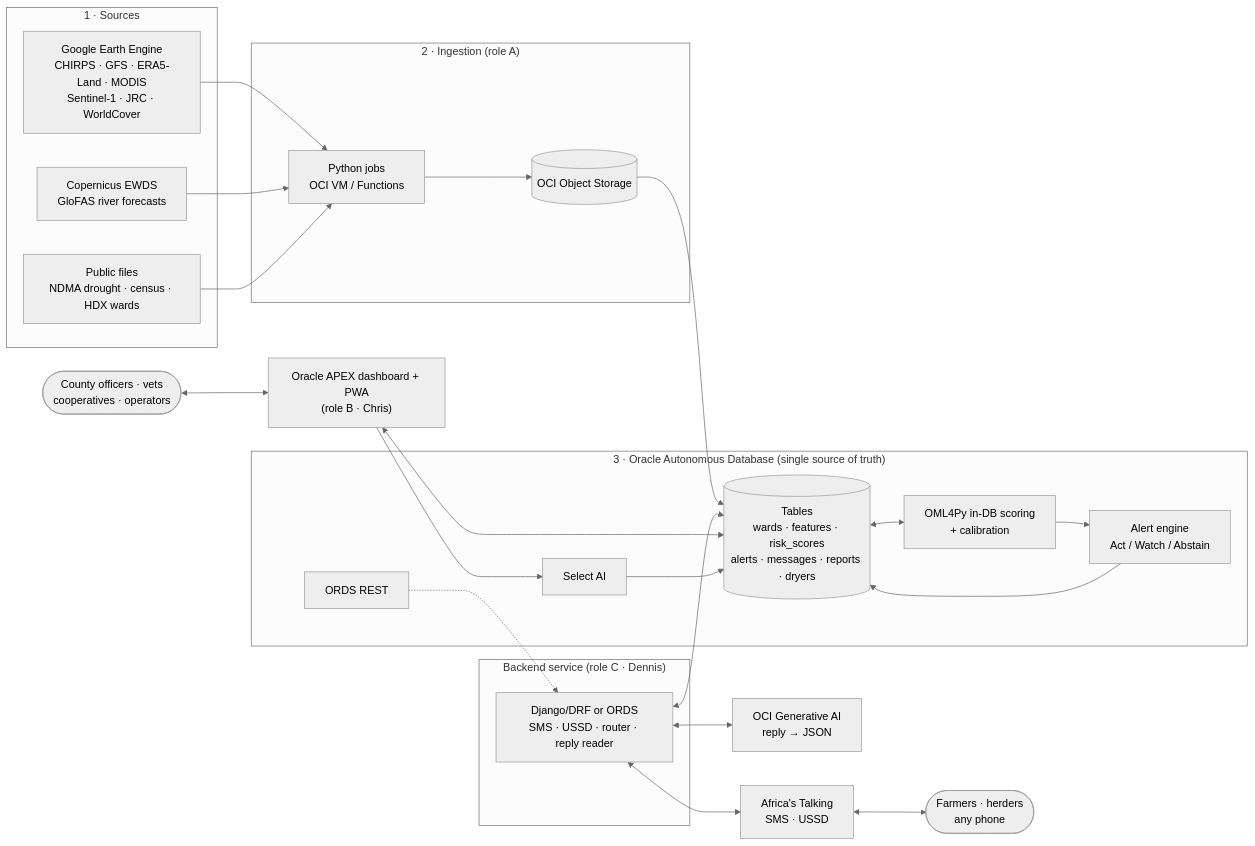
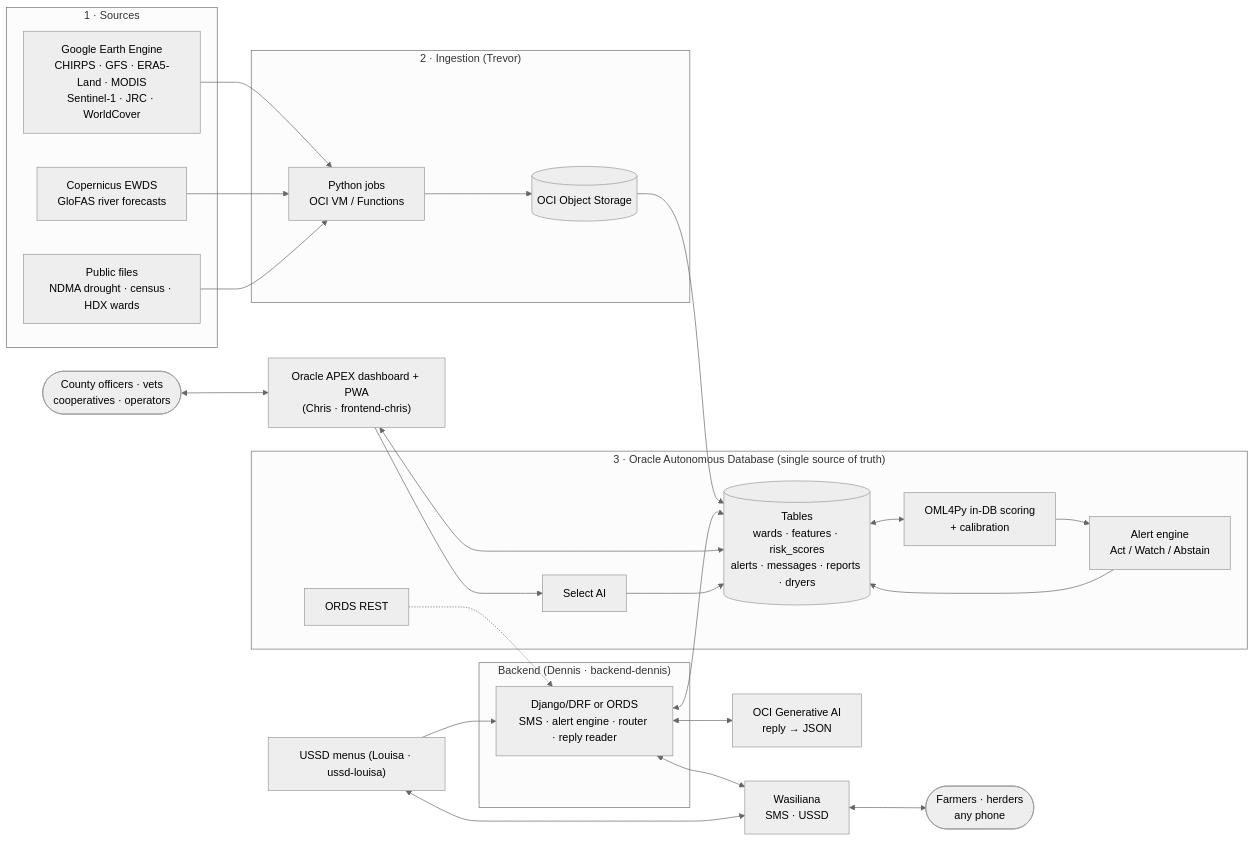
Before and after one commit to ChristopherKiokoStrathmore/DrainSense-Global: the first of 2 diagrams in README.md, drawn with Mermaid (neutral theme). The commit also changed other lines of this file and 14 other files, not shown here.

````diff
--- a/README.md
+++ b/README.md
@@ -39,41 +39,45 @@
 ```mermaid
 flowchart LR
   subgraph SRC["1 · Sources"]
     GEE["Google Earth Engine<br/>CHIRPS · GFS · ERA5-Land · MODIS<br/>Sentinel-1 · JRC · WorldCover"]
     EWDS["Copernicus EWDS<br/>GloFAS river forecasts"]
     FILES["Public files<br/>NDMA drought · census · HDX wards"]
   end
-  subgraph ING["2 · Ingestion (role A)"]
+  subgraph ING["2 · Ingestion (Trevor)"]
     PY["Python jobs<br/>OCI VM / Functions"]
     OS[("OCI Object Storage")]
   end
   subgraph ADB["3 · Oracle Autonomous Database (single source of truth)"]
     TBL[("Tables<br/>wards · features · risk_scores<br/>alerts · messages · reports · dryers")]
     OML["OML4Py in-DB scoring<br/>+ calibration"]
     ENG["Alert engine<br/>Act / Watch / Abstain"]
     SAI["Select AI"]
     ORDS["ORDS REST"]
   end
-  subgraph BE["Backend service (role C · Dennis)"]
-    API["Django/DRF or ORDS<br/>SMS · USSD · router · reply reader"]
+  subgraph BE["Backend (Dennis · backend-dennis)"]
+    API["Django/DRF or ORDS<br/>SMS · alert engine · router · reply reader"]
   end
+  USSD["USSD menus (Louisa · ussd-louisa)"]
   GENAI["OCI Generative AI<br/>reply → JSON"]
-  AT["Africa's Talking<br/>SMS · USSD"]
-  APEX["Oracle APEX dashboard + PWA<br/>(role B · Chris)"]
+  WA["Wasiliana<br/>SMS · USSD"]
+  APEX["Oracle APEX dashboard + PWA<br/>(Chris · frontend-chris)"]
   FARMER(["Farmers · herders<br/>any phone"])
   OFFICER(["County officers · vets<br/>cooperatives · operators"])
 
   GEE --> PY
   EWDS --> PY
   FILES --> PY
   PY --> OS --> TBL
   TBL <--> OML
   OML --> ENG --> TBL
   API <--> TBL
   API <--> GENAI
-  API <--> AT <--> FARMER
+  API <--> WA
+  USSD <--> WA
+  USSD --> API
+  WA <--> FARMER
   ORDS -.-> API
   APEX <--> TBL
   APEX --> SAI --> TBL
   OFFICER <--> APEX
 ```
````
